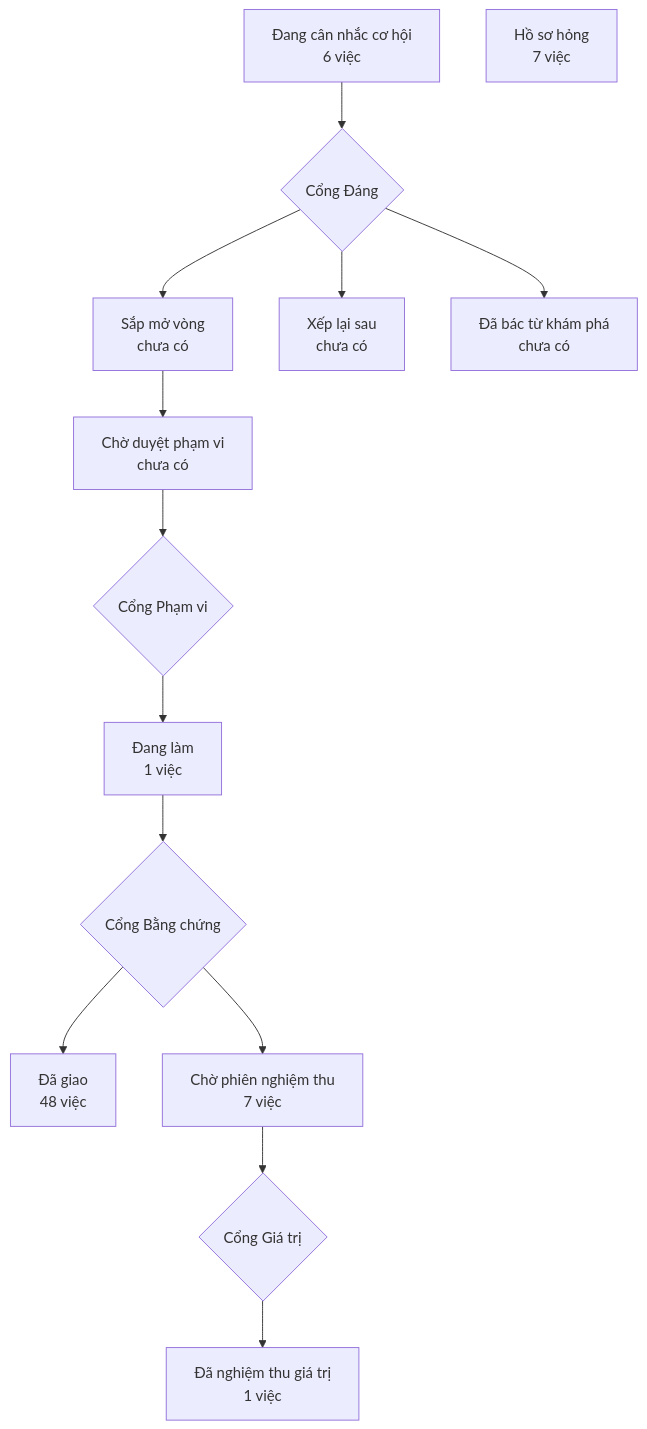
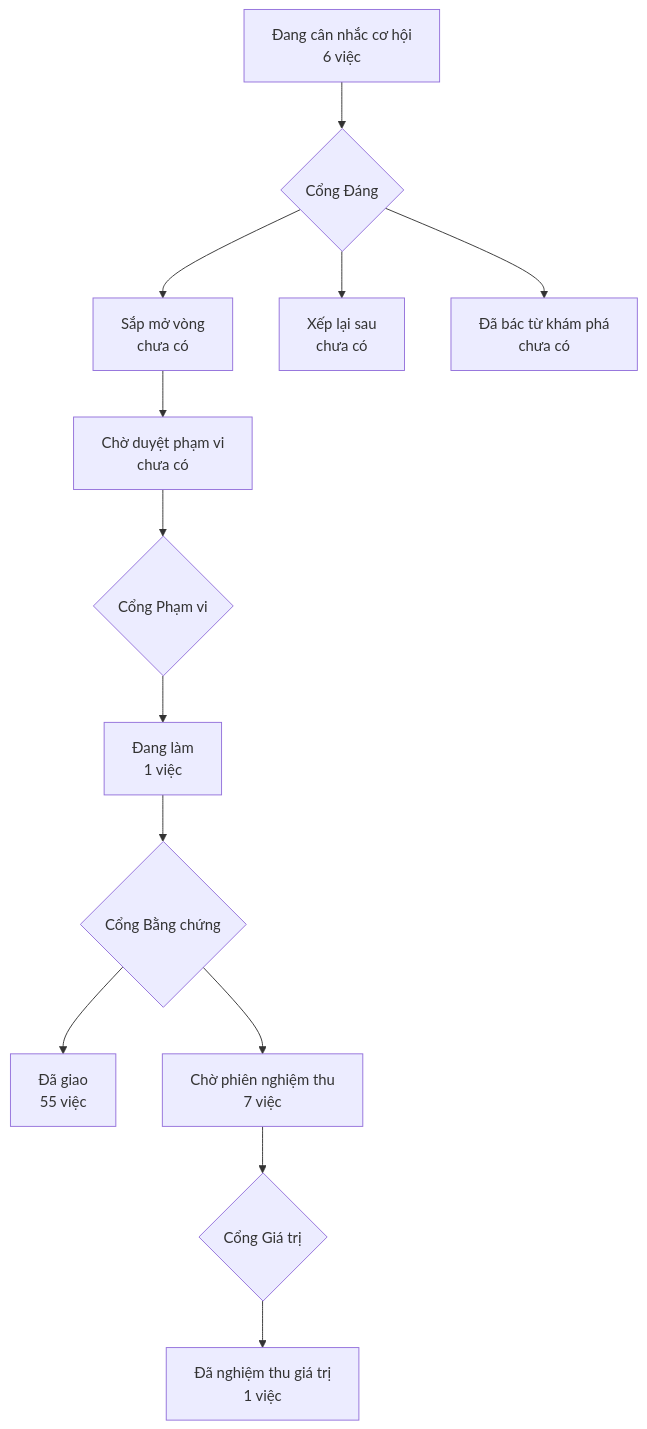
One commit to phanlemanh/crm-onehub changed the diagram in PRODUCT-MAP.md. Above: the diagram before and after it, drawn with Mermaid. The commit also changed other lines of this file, not shown here.

````diff
--- a/PRODUCT-MAP.md
+++ b/PRODUCT-MAP.md
@@ -6,13 +6,12 @@
 ```mermaid
 flowchart TD
   A["Đang cân nhắc cơ hội<br/>6 việc"] --> GD{"Cổng Đáng"}
   GD --> B["Sắp mở vòng<br/>chưa có"]
   GD --> XL["Xếp lại sau<br/>chưa có"]
   GD --> DB["Đã bác từ khám phá<br/>chưa có"]
   B --> CD["Chờ duyệt phạm vi<br/>chưa có"] --> GP{"Cổng Phạm vi"}
   GP --> DL["Đang làm<br/>1 việc"] --> GB{"Cổng Bằng chứng"}
-  GB --> DG["Đã giao<br/>48 việc"]
+  GB --> DG["Đã giao<br/>55 việc"]
   GB --> CN["Chờ phiên nghiệm thu<br/>7 việc"] --> GG{"Cổng Giá trị"}
   GG --> NT["Đã nghiệm thu giá trị<br/>1 việc"]
-  HS["Hồ sơ hỏng<br/>7 việc"]
 ```
````
